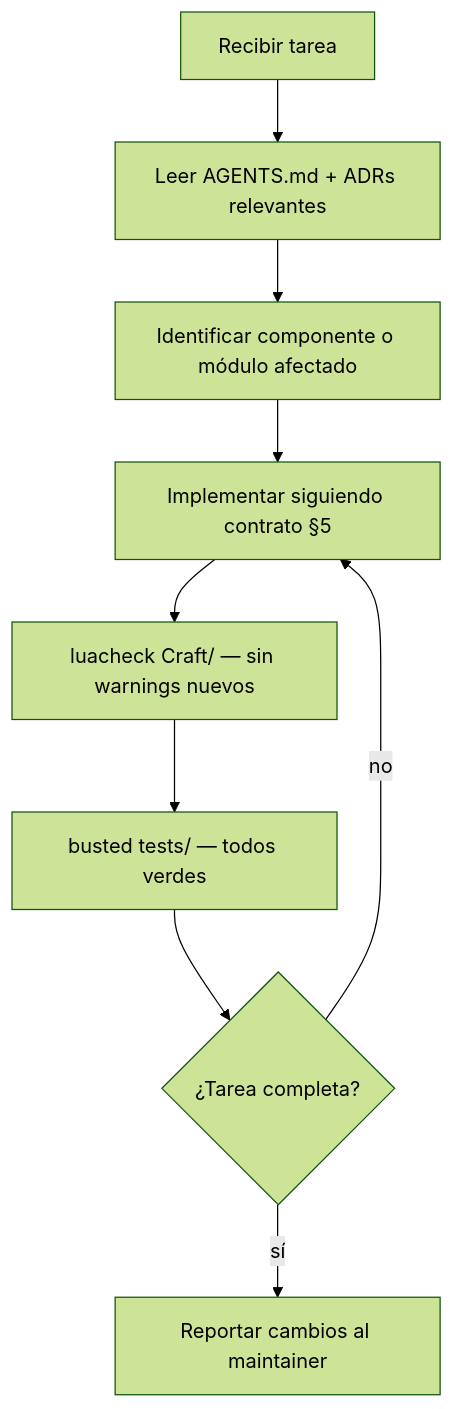
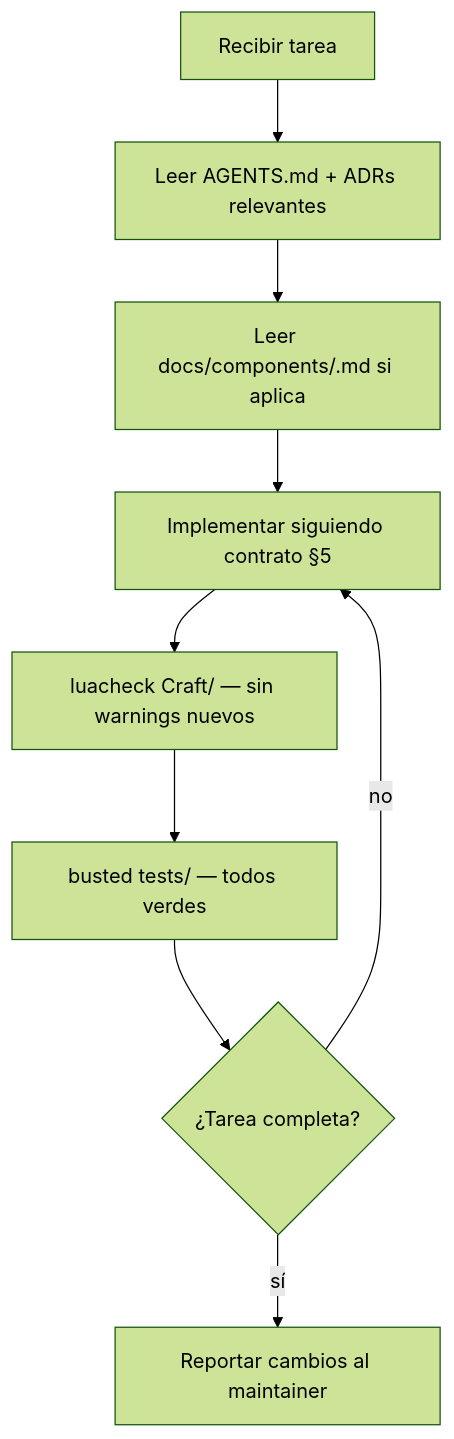
The diagram in AGENTS.md (bettogamer/craft), drawn with Mermaid (forest theme) before and after one commit. The commit also changed other lines of this file and 1 other file, not shown here.

````diff
--- a/AGENTS.md
+++ b/AGENTS.md
@@ -227,11 +215,11 @@
 ```mermaid
 flowchart TD
   A[Recibir tarea] --> B[Leer AGENTS.md + ADRs relevantes]
-  B --> C[Identificar componente o módulo afectado]
+  B --> C[Leer docs/components/<nombre>.md si aplica]
   C --> D[Implementar siguiendo contrato §5]
   D --> E[luacheck Craft/ — sin warnings nuevos]
   E --> F[busted tests/ — todos verdes]
   F --> G{¿Tarea completa?}
   G -- no --> D
   G -- sí --> H[Reportar cambios al maintainer]
 ```
````
